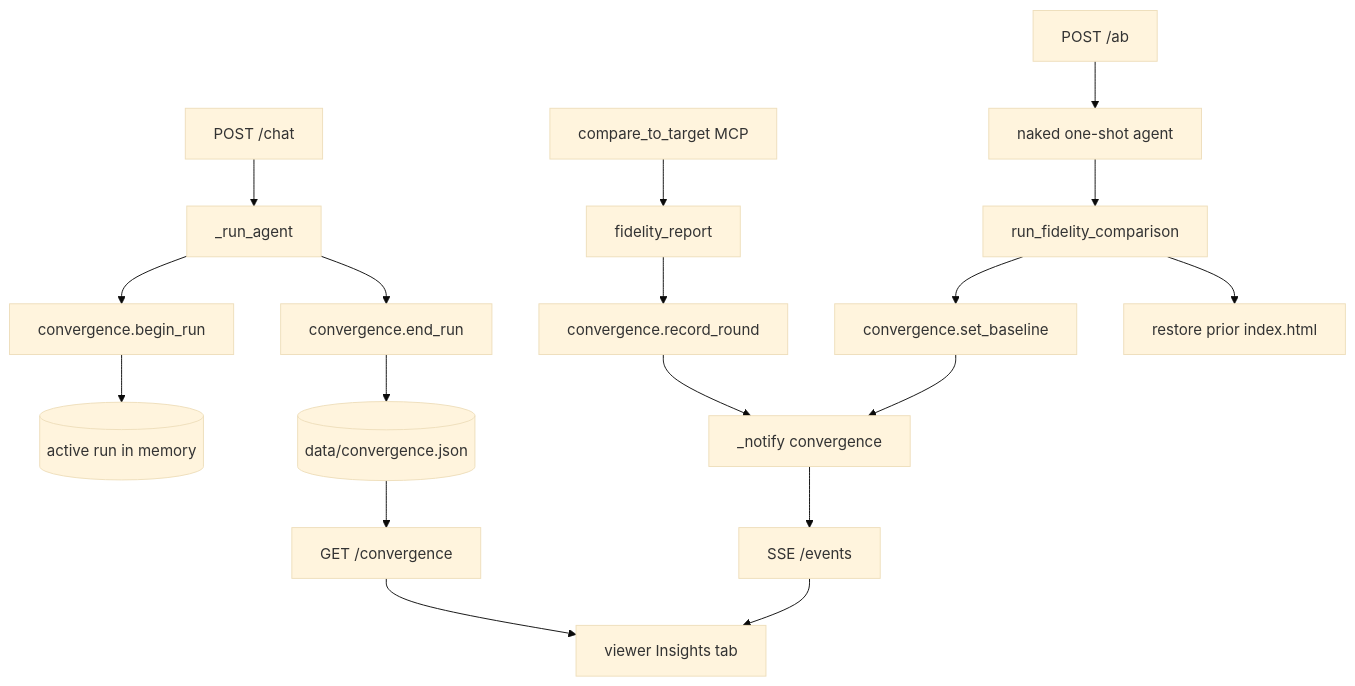
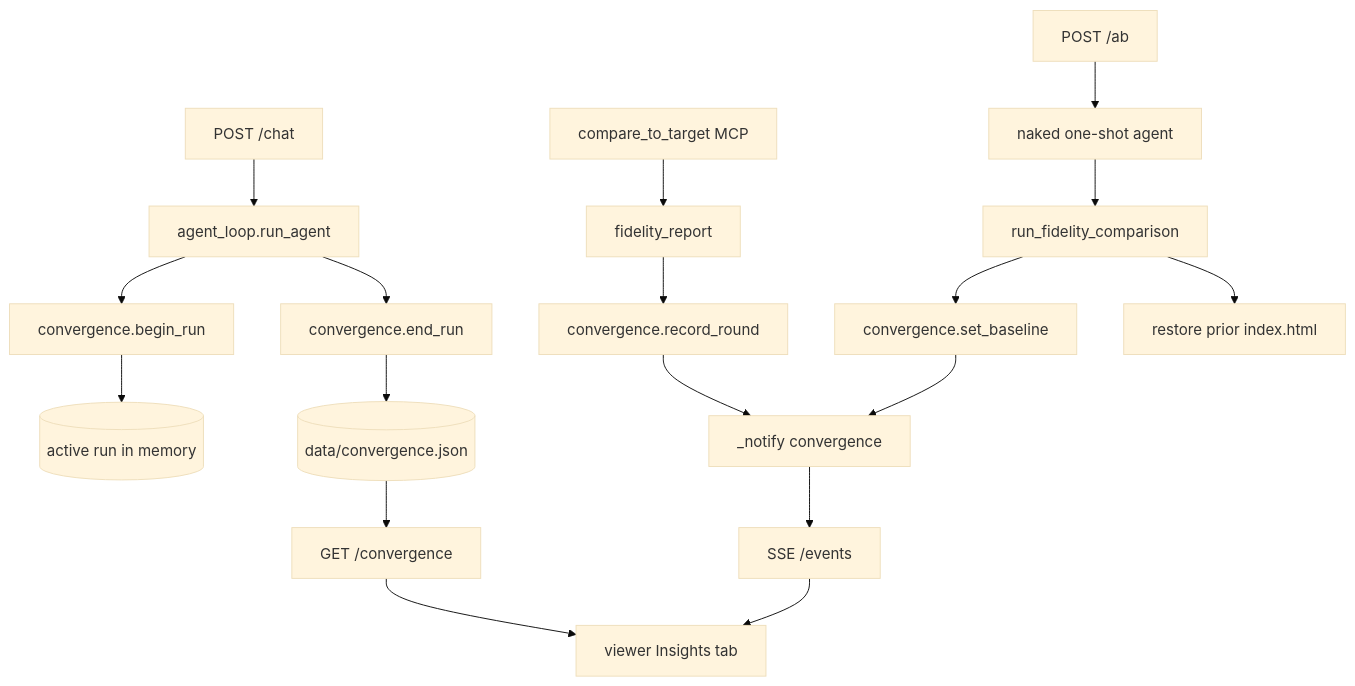
Before and after one commit to AndyUneducated/lumalabs: the diagram in docs/phase-6-self-convergence.md, drawn with Mermaid (base theme). The commit also changed other lines of this file and 46 other files, not shown here.

````diff
--- a/docs/phase-6-self-convergence.md
+++ b/docs/phase-6-self-convergence.md
@@ -17,20 +17,20 @@
 ```mermaid
 flowchart TD
-    CHAT[POST /chat] --> RUN[_run_agent]
+    CHAT[POST /chat] --> RUN[agent_loop.run_agent]
     RUN --> BEGIN[convergence.begin_run]
     BEGIN --> ACTIVE[(active run in memory)]
     CMP[compare_to_target MCP] --> RPT[fidelity_report]
     RPT --> REC[convergence.record_round]
     REC --> NOTIFY[_notify convergence]
     NOTIFY --> SSE[SSE /events]
     SSE --> UI[viewer Insights tab]
     RUN --> END[convergence.end_run]
     END --> STORE[(data/convergence.json)]
     STORE --> GET[GET /convergence]
     GET --> UI
     ABB[POST /ab] --> NAKED[naked one-shot agent]
     NAKED --> SCORE[run_fidelity_comparison]
     SCORE --> BASE[convergence.set_baseline]
     SCORE --> RESTORE[restore prior index.html]
     BASE --> NOTIFY
 ```
````
